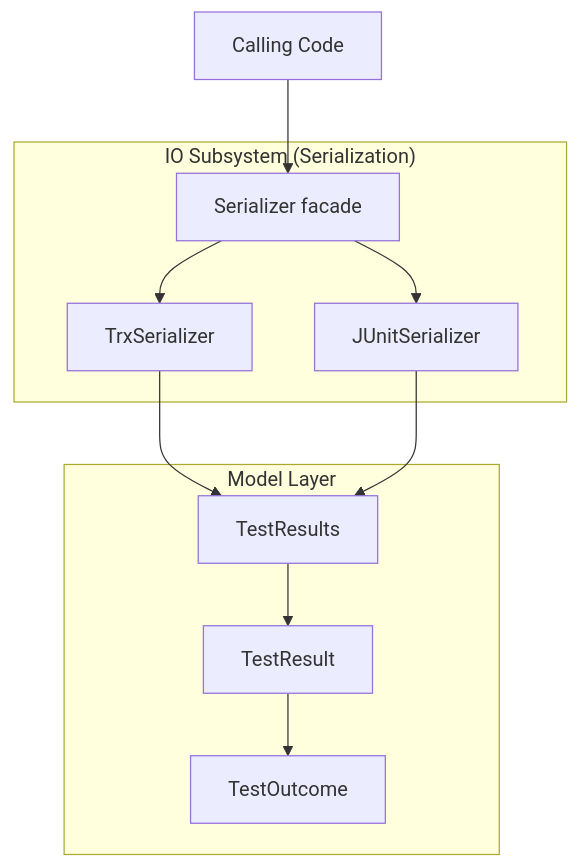
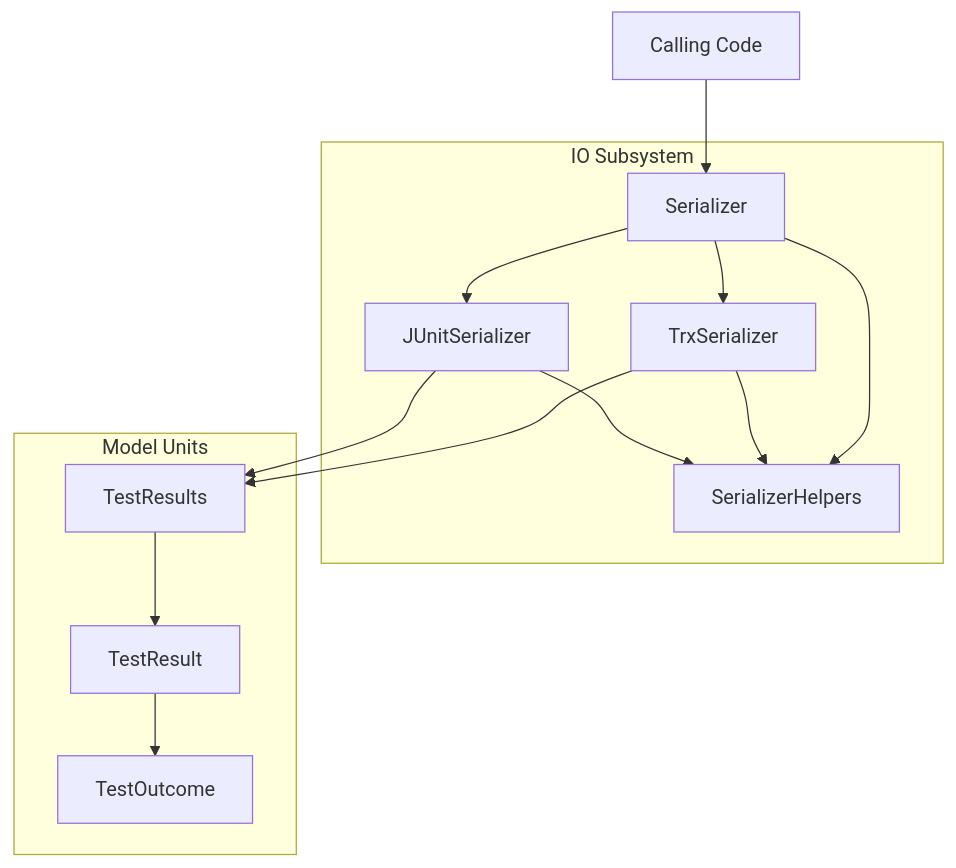
The diagram in docs/design/test-results-library/test-results-library.md (demaconsulting/TestResults), drawn with Mermaid before and after one commit. The commit also changed other lines of this file and 8 other files, not shown here.

````diff
--- a/docs/design/test-results-library/test-results-library.md
+++ b/docs/design/test-results-library/test-results-library.md
@@ -13,24 +13,28 @@
 ```mermaid
 graph TD
     CallingCode[Calling Code]
 
-    subgraph IO["IO Subsystem (Serialization)"]
-        Serializer[Serializer facade]
+    subgraph IO["IO Subsystem"]
+        Serializer[Serializer]
+        SerializerHelpers[SerializerHelpers]
         TrxSerializer[TrxSerializer]
         JUnitSerializer[JUnitSerializer]
     end
 
-    subgraph Model["Model Layer"]
+    subgraph Model["Model Units"]
         TestResults[TestResults]
         TestResult[TestResult]
         TestOutcome[TestOutcome]
     end
 
     CallingCode --> Serializer
+    Serializer --> SerializerHelpers
     Serializer --> TrxSerializer
     Serializer --> JUnitSerializer
+    TrxSerializer --> SerializerHelpers
+    JUnitSerializer --> SerializerHelpers
     TrxSerializer --> TestResults
     JUnitSerializer --> TestResults
     TestResults --> TestResult
     TestResult --> TestOutcome
 ```
````
